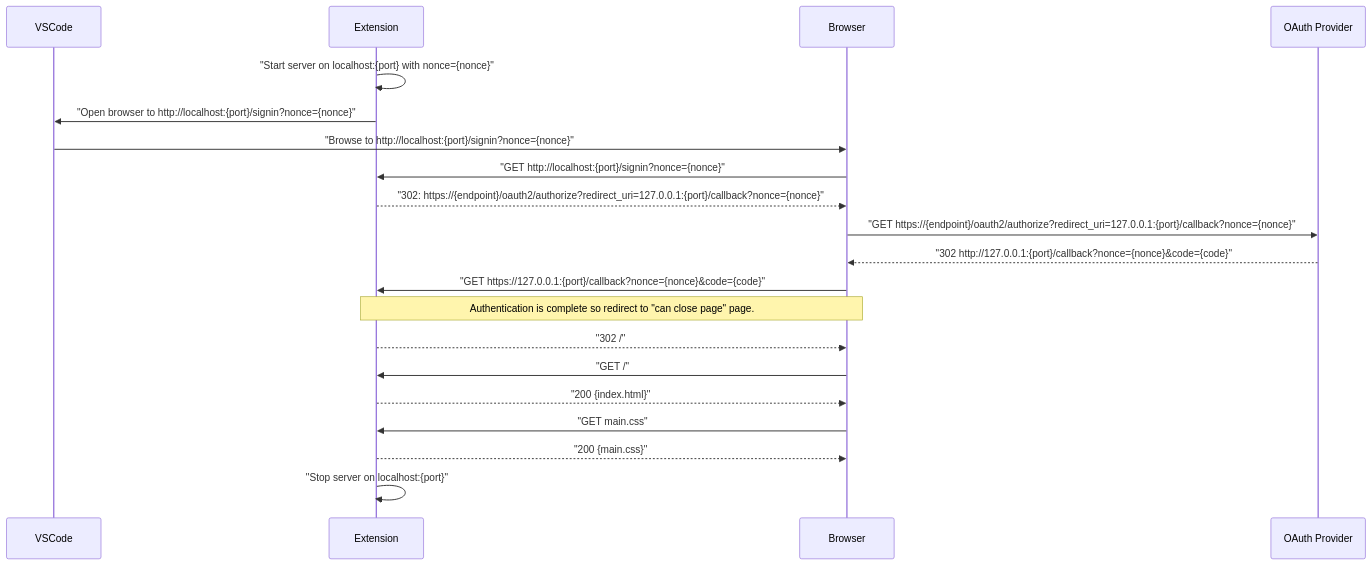
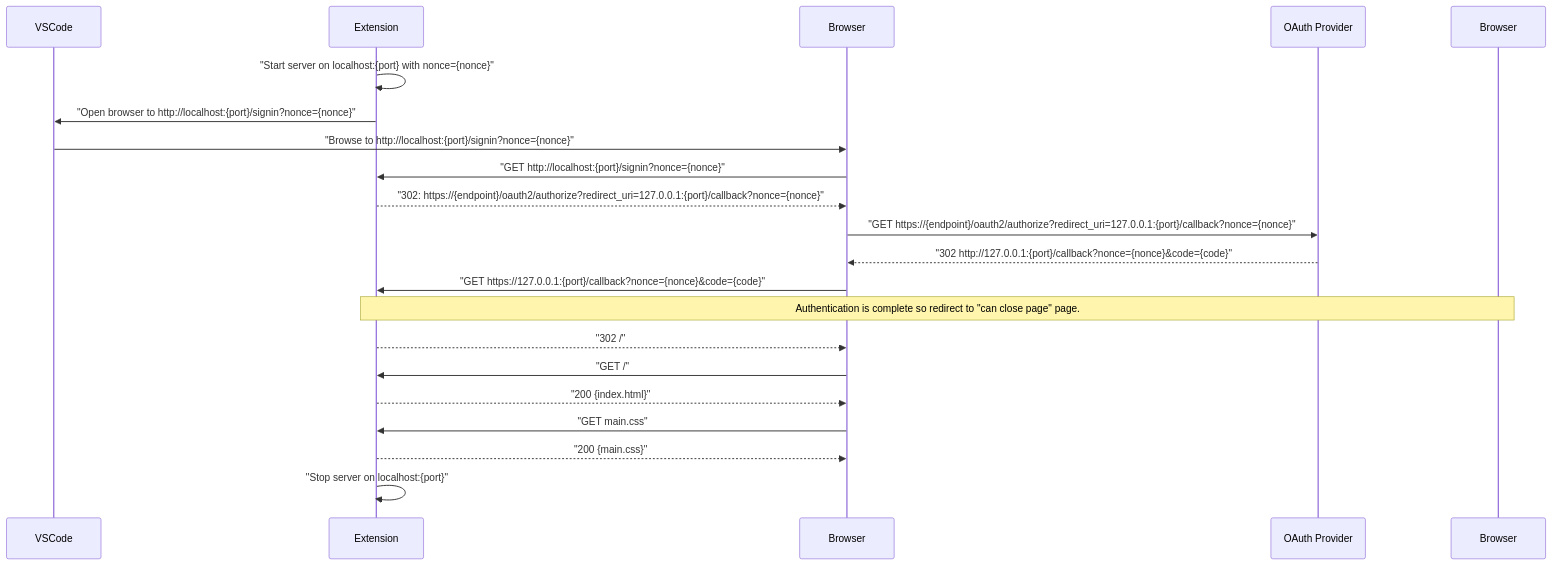
The diagram in docs/DESIGN.md (microsoft/vscode-azure-account), drawn with Mermaid before and after one commit.

Commit message:
Use aliases in diagram.

````diff
--- a/docs/DESIGN.md
+++ b/docs/DESIGN.md
@@ -11,23 +11,23 @@
 ```mermaid
 sequenceDiagram
-    participant VSCode
-    participant Extension
-    participant Browser
-    participant OAuth Provider
+    participant V as VSCode
+    participant E as Extension
+    participant B as Browser
+    participant P as OAuth Provider
 
-    Extension->>Extension: "Start server on localhost:{port} with nonce={nonce}"
-    Extension->>VSCode: "Open browser to http://localhost:{port}/signin?nonce={nonce}"
-    VSCode->>Browser: "Browse to http://localhost:{port}/signin?nonce={nonce}"
-    Browser->>Extension: "GET http://localhost:{port}/signin?nonce={nonce}"
-    Extension-->>Browser: "302: https://{endpoint}/oauth2/authorize?redirect_uri=127.0.0.1:{port}/callback?nonce={nonce}"
-    Browser->>OAuth Provider: "GET https://{endpoint}/oauth2/authorize?redirect_uri=127.0.0.1:{port}/callback?nonce={nonce}"
-    OAuth Provider-->>Browser: "302 http://127.0.0.1:{port}/callback?nonce={nonce}&code={code}"
-    Browser->>Extension: "GET https://127.0.0.1:{port}/callback?nonce={nonce}&code={code}"
-    Note over Extension, Browser: Authentication is complete so redirect to "can close page" page.
-    Extension-->>Browser: "302 /"
-    Browser->>Extension: "GET /"
-    Extension-->>Browser: "200 {index.html}"
-    Browser->>Extension: "GET main.css"
-    Extension-->>Browser: "200 {main.css}"
-    Extension->>Extension: "Stop server on localhost:{port}"
+    E->>E: "Start server on localhost:{port} with nonce={nonce}"
+    E->>V: "Open browser to http://localhost:{port}/signin?nonce={nonce}"
+    V->>B: "Browse to http://localhost:{port}/signin?nonce={nonce}"
+    B->>E: "GET http://localhost:{port}/signin?nonce={nonce}"
+    E-->>B: "302: https://{endpoint}/oauth2/authorize?redirect_uri=127.0.0.1:{port}/callback?nonce={nonce}"
+    B->>P: "GET https://{endpoint}/oauth2/authorize?redirect_uri=127.0.0.1:{port}/callback?nonce={nonce}"
+    P-->>B: "302 http://127.0.0.1:{port}/callback?nonce={nonce}&code={code}"
+    B->>E: "GET https://127.0.0.1:{port}/callback?nonce={nonce}&code={code}"
+    Note over E, Browser: Authentication is complete so redirect to "can close page" page.
+    E-->>B: "302 /"
+    B->>E: "GET /"
+    E-->>B: "200 {index.html}"
+    B->>E: "GET main.css"
+    E-->>B: "200 {main.css}"
+    E->>E: "Stop server on localhost:{port}"
 ```
````
